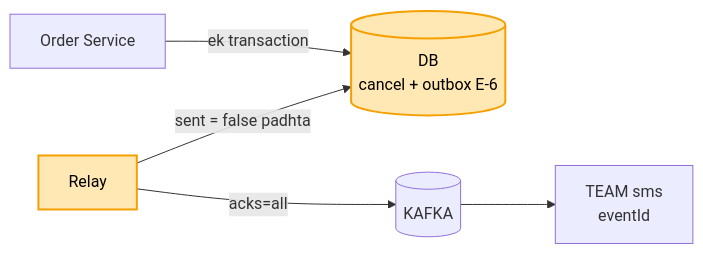
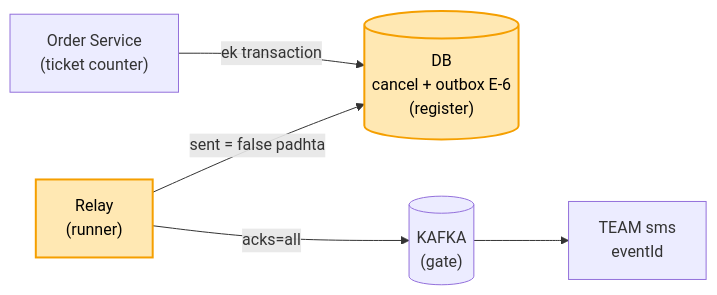
Before and after one commit to ArpanMaheshwari144/Prep: the seventh of 8 diagrams in 04_HLD/SYSTEM_DESIGNS/12_message_queue_kafka/12_message_queue_kafka.md, drawn with Mermaid. The commit also changed other lines of this file and 1 other file, not shown here.

Commit message:
HLD kafka main file: har kadam pe ek Stadium line + diagram me technical naam ke saath bracket me stadium naam; notes block 6 checker (bookmark consumer likhta)

````diff
--- a/04_HLD/SYSTEM_DESIGNS/12_message_queue_kafka/12_message_queue_kafka.md
+++ b/04_HLD/SYSTEM_DESIGNS/12_message_queue_kafka/12_message_queue_kafka.md
@@ -309,9 +323,9 @@
 ```mermaid
 flowchart LR
-    O["Order Service"] -- "ek transaction" --> DB[("DB<br/>cancel + outbox E-6")]
-    RL["Relay"] -- "sent = false padhta" --> DB
-    RL -- "acks=all" --> K[("KAFKA")]
+    O["Order Service<br/>(ticket counter)"] -- "ek transaction" --> DB[("DB<br/>cancel + outbox E-6<br/>(register)")]
+    RL["Relay<br/>(runner)"] -- "sent = false padhta" --> DB
+    RL -- "acks=all" --> K[("KAFKA<br/>(gate)")]
     K --> S["TEAM sms<br/>eventId"]
     style DB fill:#ffe8b3,stroke:#f59f00,stroke-width:2px,color:#000
     style RL fill:#ffe8b3,stroke:#f59f00,stroke-width:2px,color:#000
 ```
````
